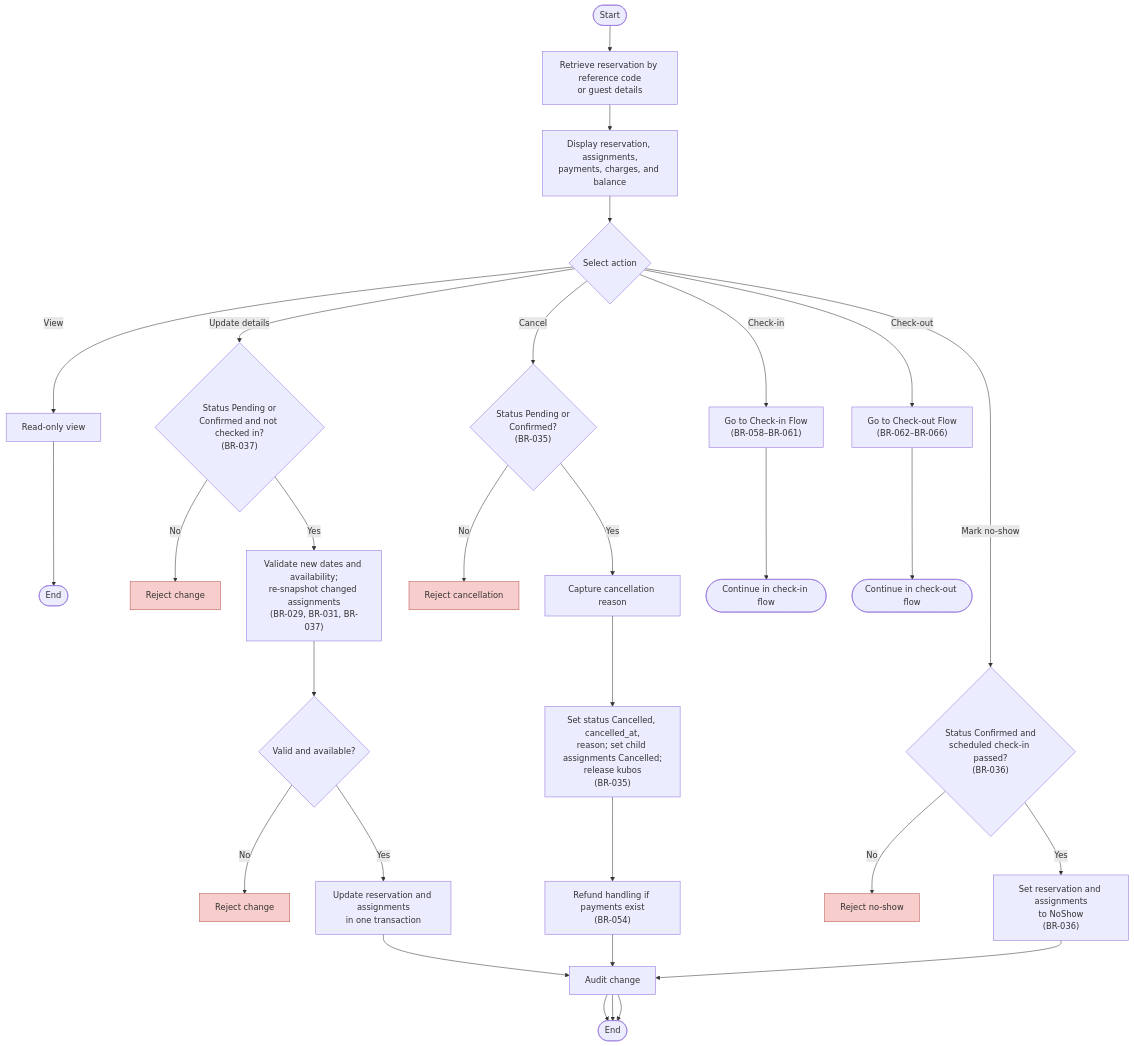
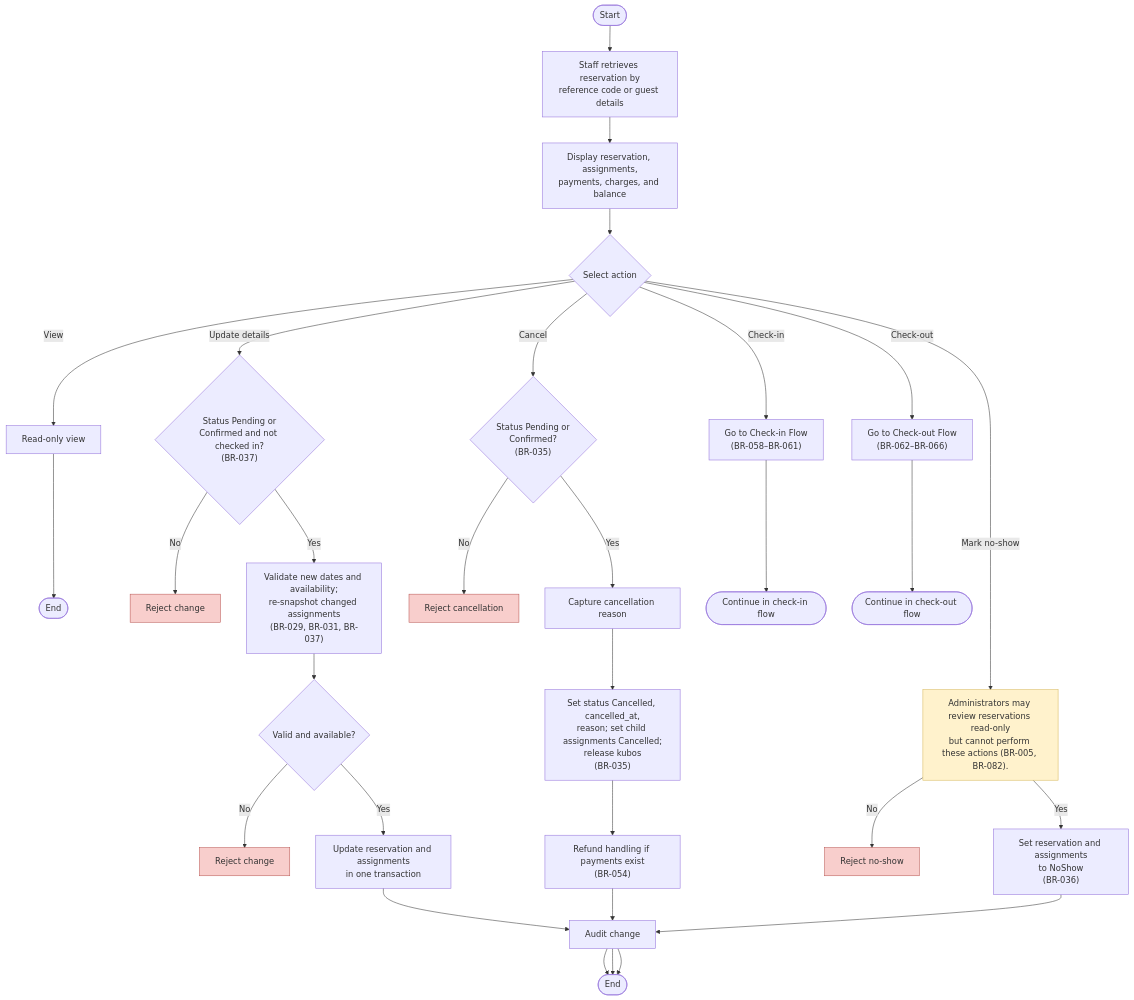
Before and after one commit to EirAndrie/KUBO_ReservationManagementSystem: the third of 14 diagrams in docs/system_flowcharts.md, drawn with Mermaid. The commit also changed other lines of this file and 8 other files, not shown here.

Commit message:
chore(backend): changes made in flowcharts related to business rules

````diff
--- a/docs/system_flowcharts.md
+++ b/docs/system_flowcharts.md
@@ -92,41 +99,44 @@
 ```mermaid
 flowchart TD
-    S([Start]) --> P1["Retrieve reservation by reference code<br/>or guest details"]
+    S([Start]) --> P1["Staff retrieves reservation by<br/>reference code or guest details"]
     P1 --> P2["Display reservation, assignments,<br/>payments, charges, and balance"]
     P2 --> D1{"Select action"}
 
     D1 -->|View| V1["Read-only view"] --> E1([End])
     D1 -->|Update details| U1{"Status Pending or<br/>Confirmed and not checked in?<br/>(BR-037)"}
     D1 -->|Cancel| C1{"Status Pending or<br/>Confirmed?<br/>(BR-035)"}
     D1 -->|Check-in| I1["Go to Check-in Flow<br/>(BR-058–BR-061)"]
     D1 -->|Check-out| O1["Go to Check-out Flow<br/>(BR-062–BR-066)"]
     D1 -->|Mark no-show| N1{"Status Confirmed and<br/>scheduled check-in passed?<br/>(BR-036)"}
 
     U1 -->|No| E2["Reject change"]
     U1 -->|Yes| U2["Validate new dates and availability;<br/>re-snapshot changed assignments<br/>(BR-029, BR-031, BR-037)"]
     U2 --> U3{"Valid and available?"}
     U3 -->|No| E3["Reject change"]
     U3 -->|Yes| U4["Update reservation and assignments<br/>in one transaction"]
     U4 --> AUD["Audit change"]
     AUD --> E4([End])
 
     C1 -->|No| E5["Reject cancellation"]
     C1 -->|Yes| C2["Capture cancellation reason"]
     C2 --> C3["Set status Cancelled, cancelled_at,<br/>reason; set child assignments Cancelled;<br/>release kubos<br/>(BR-035)"]
     C3 --> C4["Refund handling if payments exist<br/>(BR-054)"]
     C4 --> AUD
     AUD --> E4
 
     N1 -->|No| E6["Reject no-show"]
     N1 -->|Yes| N2["Set reservation and assignments<br/>to NoShow<br/>(BR-036)"]
     N2 --> AUD
     AUD --> E4
 
     I1 --> E7([Continue in check-in flow])
     O1 --> E8([Continue in check-out flow])
 
+    N1["Administrators may review reservations read-only<br/>but cannot perform these actions (BR-005, BR-082)."]
+    style N1 fill:#fff2cc,stroke:#d6b656
+
     style E2 fill:#f8cecc,stroke:#b85450
     style E3 fill:#f8cecc,stroke:#b85450
     style E5 fill:#f8cecc,stroke:#b85450
     style E6 fill:#f8cecc,stroke:#b85450
 ```
````
